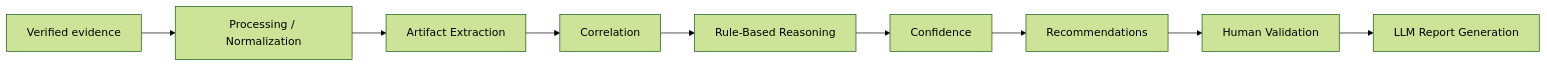
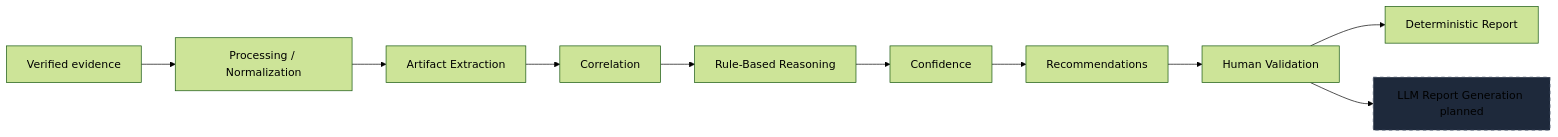
One commit to shikhar-sahay/provena changed the second of 2 diagrams in docs/ai-architecture.md. Above: the diagram before and after it, drawn with Mermaid (forest theme). The commit also changed other lines of this file and 8 other files, not shown here.

````diff
--- a/docs/ai-architecture.md
+++ b/docs/ai-architecture.md
@@ -59,11 +59,13 @@
 ```mermaid
 flowchart LR
     V[Verified evidence] --> P[Processing / Normalization]
     P --> X[Artifact Extraction]
     X --> C[Correlation]
     C --> R[Rule-Based Reasoning]
     R --> S[Confidence]
     S --> Rec[Recommendations]
     Rec --> H[Human Validation]
-    H --> L[LLM Report Generation]
+    H --> D[Deterministic Report]
+    H --> L[LLM Report Generation planned]
+    style L fill:#1e293b,stroke:#475569,stroke-dasharray: 5 5
 ```
````
